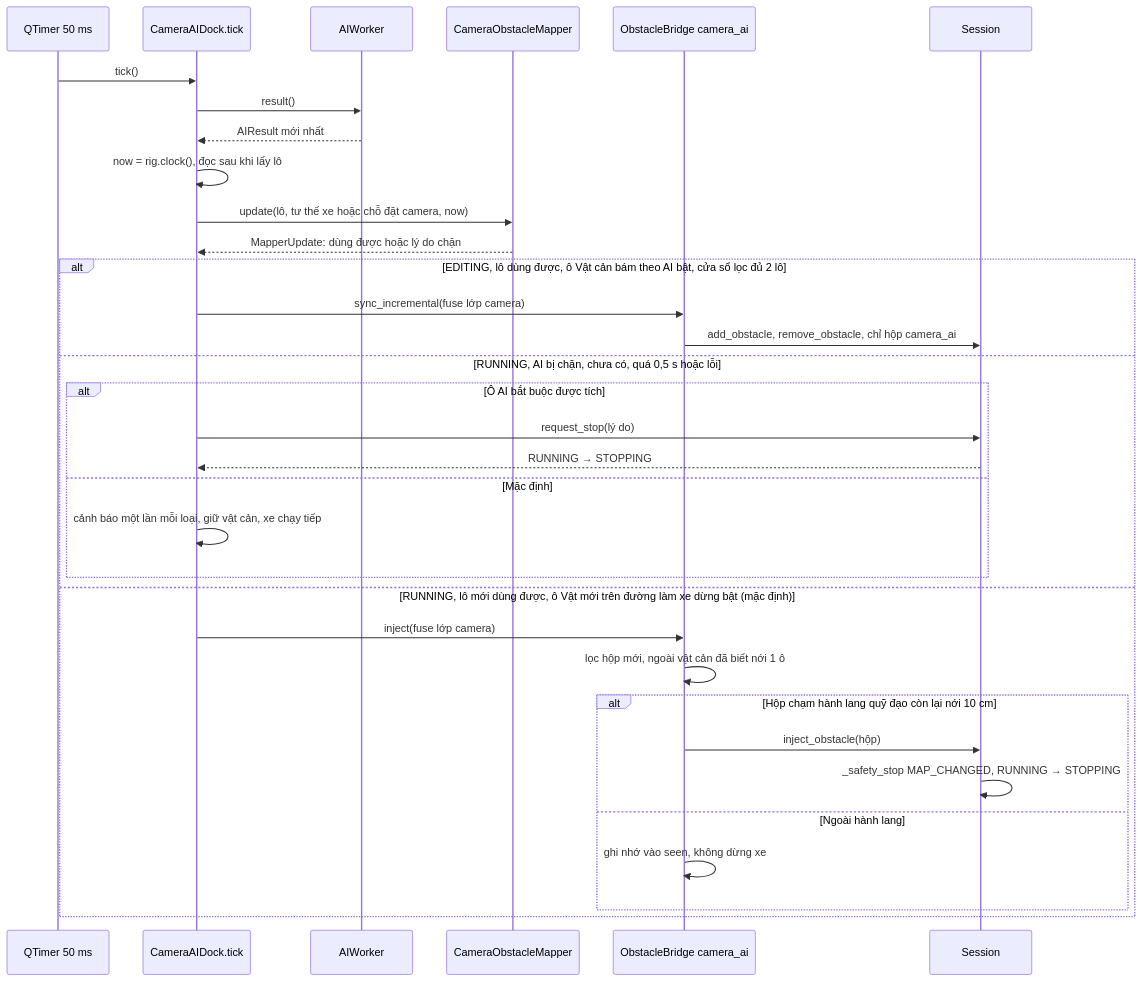
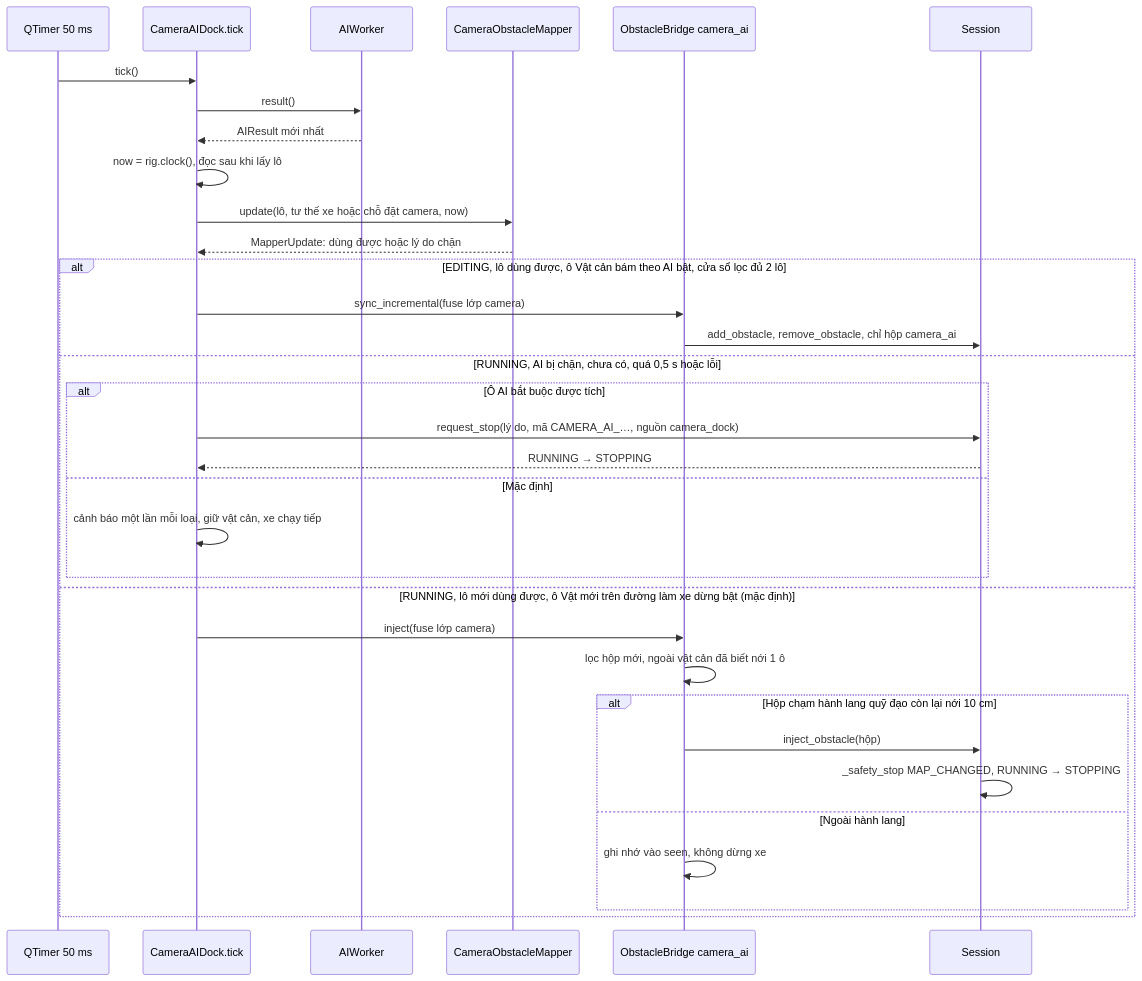
Diagram 30 of 49 in autopark/docs/SO_DO_HE_THONG.md (thbn12082/autopark), drawn with Mermaid before and after one commit. The commit also changed other lines of this file and 82 other files, not shown here.

````diff
--- a/autopark/docs/SO_DO_HE_THONG.md
+++ b/autopark/docs/SO_DO_HE_THONG.md
@@ -1597,35 +1725,35 @@
 ```mermaid
 sequenceDiagram
     participant TM as QTimer 50 ms
     participant DK as CameraAIDock.tick
     participant AW as AIWorker
     participant MP as CameraObstacleMapper
     participant BR as ObstacleBridge camera_ai
     participant SS as Session
     TM->>DK: tick()
     DK->>AW: result()
     AW-->>DK: AIResult mới nhất
     DK->>DK: now = rig.clock(), đọc sau khi lấy lô
     DK->>MP: update(lô, tư thế xe hoặc chỗ đặt camera, now)
     MP-->>DK: MapperUpdate: dùng được hoặc lý do chặn
     alt EDITING, lô dùng được, ô Vật cản bám theo AI bật, cửa sổ lọc đủ 2 lô
         DK->>BR: sync_incremental(fuse lớp camera)
         BR->>SS: add_obstacle, remove_obstacle, chỉ hộp camera_ai
     else RUNNING, AI bị chặn, chưa có, quá 0,5 s hoặc lỗi
         alt Ô AI bắt buộc được tích
-            DK->>SS: request_stop(lý do)
+            DK->>SS: request_stop(lý do, mã CAMERA_AI_…, nguồn camera_dock)
             SS-->>DK: RUNNING → STOPPING
         else Mặc định
             DK->>DK: cảnh báo một lần mỗi loại, giữ vật cản, xe chạy tiếp
         end
     else RUNNING, lô mới dùng được, ô Vật mới trên đường làm xe dừng bật (mặc định)
         DK->>BR: inject(fuse lớp camera)
         BR->>BR: lọc hộp mới, ngoài vật cản đã biết nới 1 ô
         alt Hộp chạm hành lang quỹ đạo còn lại nới 10 cm
             BR->>SS: inject_obstacle(hộp)
             SS->>SS: _safety_stop MAP_CHANGED, RUNNING → STOPPING
         else Ngoài hành lang
             BR->>BR: ghi nhớ vào seen, không dừng xe
         end
     end
 ```
````
